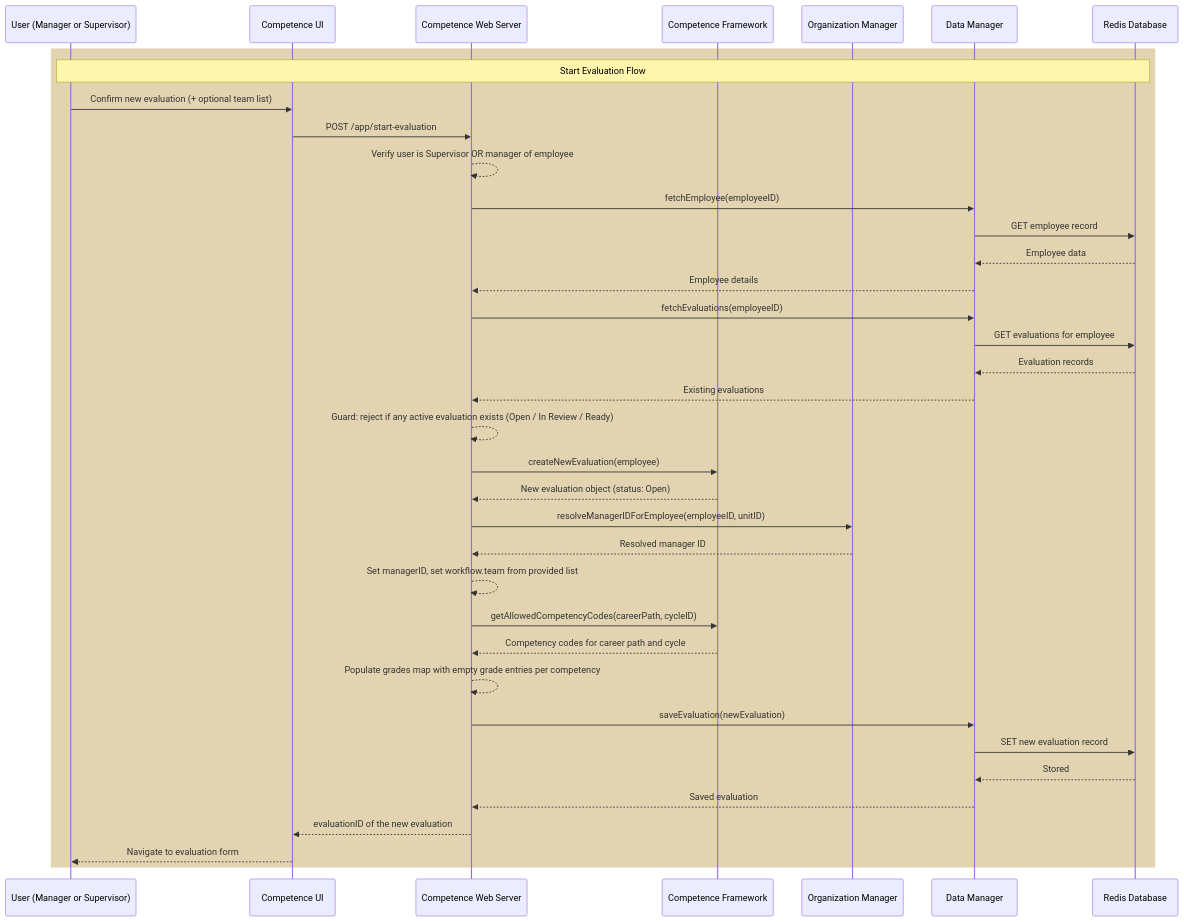
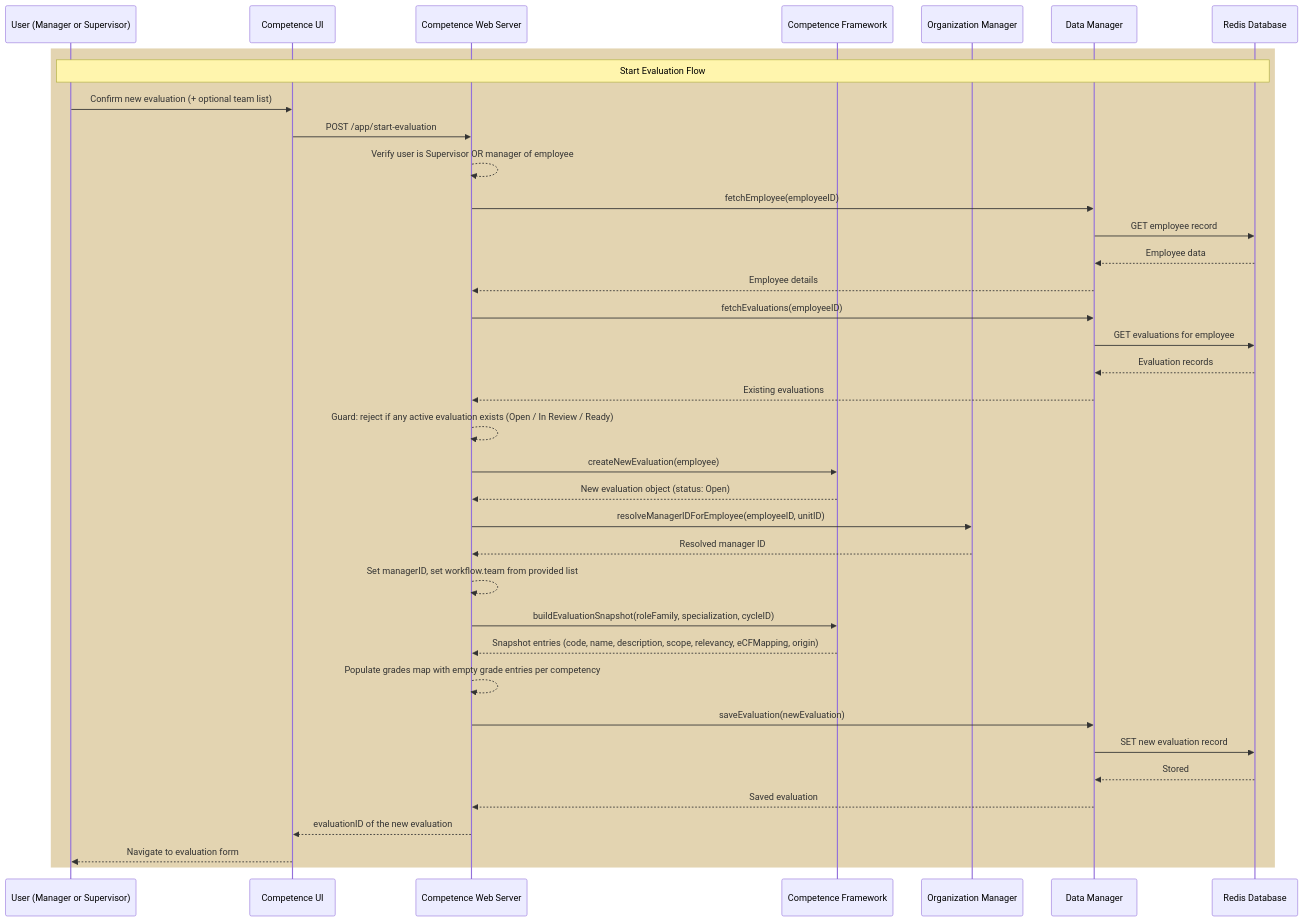
Diagram 13 of 13 in packages/competence/README.md (Belleal/ti-engine), drawn with Mermaid before and after one commit. The commit also changed other lines of this file and 7 other files, not shown here.

````diff
--- a/packages/competence/README.md
+++ b/packages/competence/README.md
@@ -817,40 +833,40 @@
 ```mermaid
 sequenceDiagram
     participant User as User (Manager or Supervisor)
     participant Client as Competence UI
     participant Server as Competence Web Server
     participant CF as Competence Framework
     participant OrgMgr as Organization Manager
     participant DataMgr as Data Manager
     participant DB as Redis Database
 
 rect rgba(200, 170, 100, 0.5)
 note over User, DB: Start Evaluation Flow
 User ->> Client: Confirm new evaluation (+ optional team list)
 Client ->> Server: POST /app/start-evaluation
 Server -->> Server: Verify user is Supervisor OR manager of employee
 Server ->> DataMgr: fetchEmployee(employeeID)
 DataMgr ->> DB: GET employee record
 DB -->> DataMgr: Employee data
 DataMgr -->> Server: Employee details
 Server ->> DataMgr: fetchEvaluations(employeeID)
 DataMgr ->> DB: GET evaluations for employee
 DB -->> DataMgr: Evaluation records
 DataMgr -->> Server: Existing evaluations
 Server -->> Server: Guard: reject if any active evaluation exists (Open / In Review / Ready)
 Server ->> CF: createNewEvaluation(employee)
 CF -->> Server: New evaluation object (status: Open)
 Server ->> OrgMgr: resolveManagerIDForEmployee(employeeID, unitID)
 OrgMgr -->> Server: Resolved manager ID
 Server -->> Server: Set managerID, set workflow.team from provided list
-        Server ->> CF: getAllowedCompetencyCodes(careerPath, cycleID)
-CF -->> Server: Competency codes for career path and cycle
+        Server ->> CF: buildEvaluationSnapshot(roleFamily, specialization, cycleID)
+CF -->> Server: Snapshot entries (code, name, description, scope, relevancy, eCFMapping, origin)
 Server -->> Server: Populate grades map with empty grade entries per competency
 Server ->> DataMgr: saveEvaluation(newEvaluation)
 DataMgr ->> DB: SET new evaluation record
 DB -->> DataMgr: Stored
 DataMgr -->> Server: Saved evaluation
 Server -->> Client: evaluationID of the new evaluation
 Client -->> User: Navigate to evaluation form
 end
 ```
````
